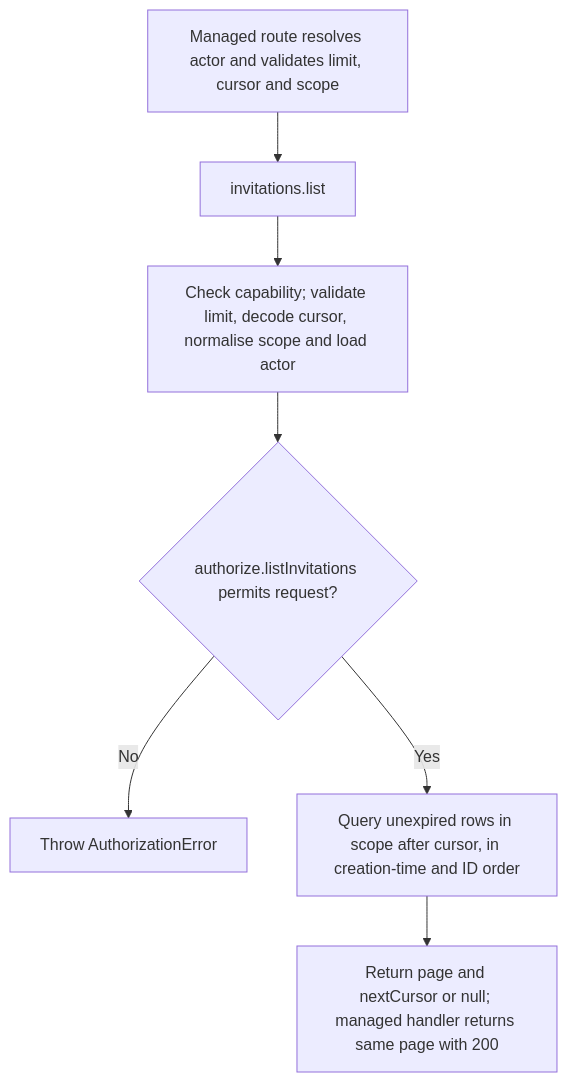
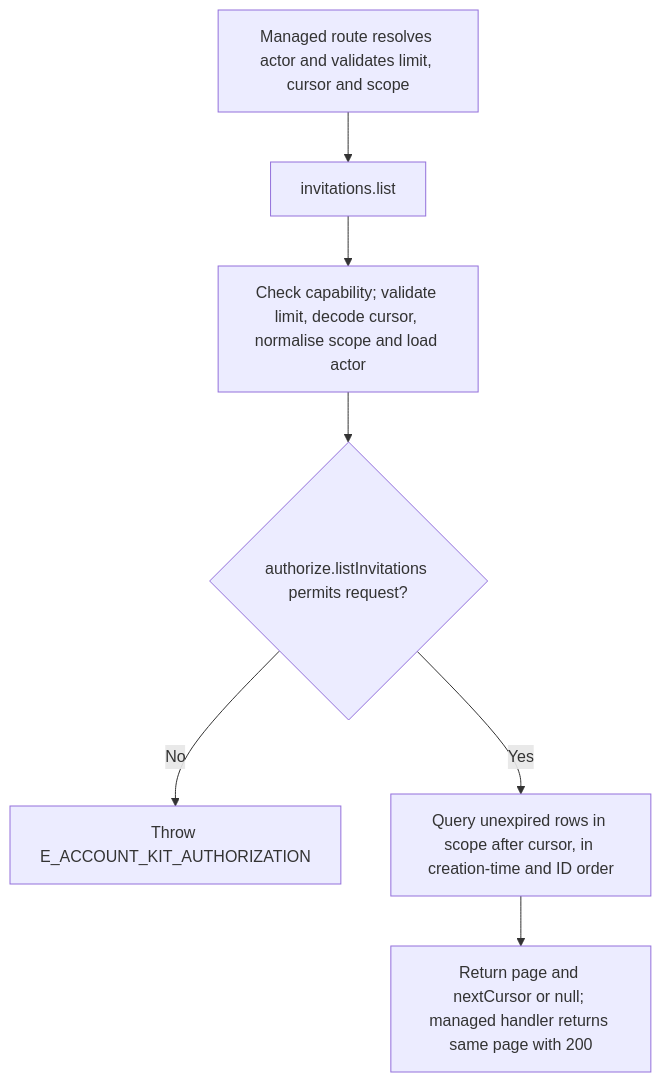
Before and after one commit to Kevinjohn/oss-adonisjs-account-kit: the second of 2 diagrams in user-stories/US-ACCOUNT-10-list-invitations.md, drawn with Mermaid. The commit also changed 362 other files, not shown here.

````diff
--- a/user-stories/US-ACCOUNT-10-list-invitations.md
+++ b/user-stories/US-ACCOUNT-10-list-invitations.md
@@ -30,9 +30,9 @@
 ```mermaid
 flowchart TD
   M["Managed route resolves actor and validates limit, cursor and scope"] --> A["invitations.list"]
   A --> B["Check capability; validate limit, decode cursor, normalise scope and load actor"]
   B --> C{"authorize.listInvitations permits request?"}
-  C -->|No| D["Throw AuthorizationError"]
+  C -->|No| D["Throw E_ACCOUNT_KIT_AUTHORIZATION"]
   C -->|Yes| E["Query unexpired rows in scope after cursor, in creation-time and ID order"]
   E --> F["Return page and nextCursor or null; managed handler returns same page with 200"]
 ```
````
